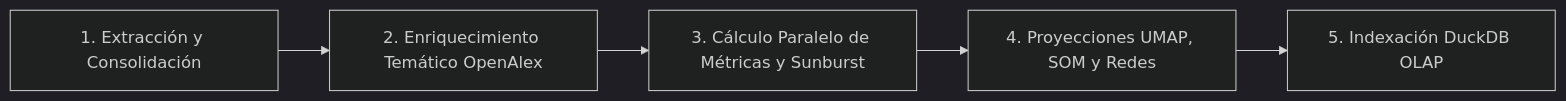
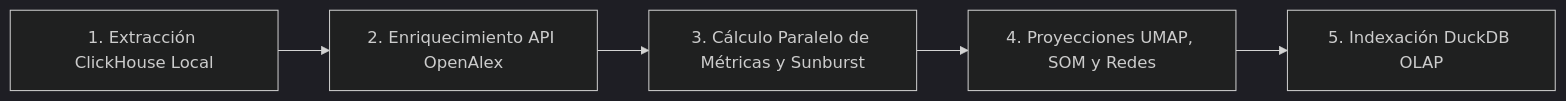
One commit to chilti/revistaslatam changed the diagram in README.md. Above: the diagram before and after it, drawn with Mermaid (dark theme). The commit also changed other lines of this file, not shown here.

Commit message:
docs: actualizar README con soporte i18n, dependencias de ClickHouse y seccion Acerca de

````diff
--- a/README.md
+++ b/README.md
@@ -61,7 +107,7 @@
 ```mermaid
 graph LR
-    F1[1. Extracción y Consolidación] --> F2[2. Enriquecimiento Temático OpenAlex]
+    F1[1. Extracción ClickHouse Local] --> F2[2. Enriquecimiento API OpenAlex]
     F2 --> F3[3. Cálculo Paralelo de Métricas y Sunburst]
     F3 --> F4[4. Proyecciones UMAP, SOM y Redes]
     F4 --> F5[5. Indexación DuckDB OLAP]
 ```
````
